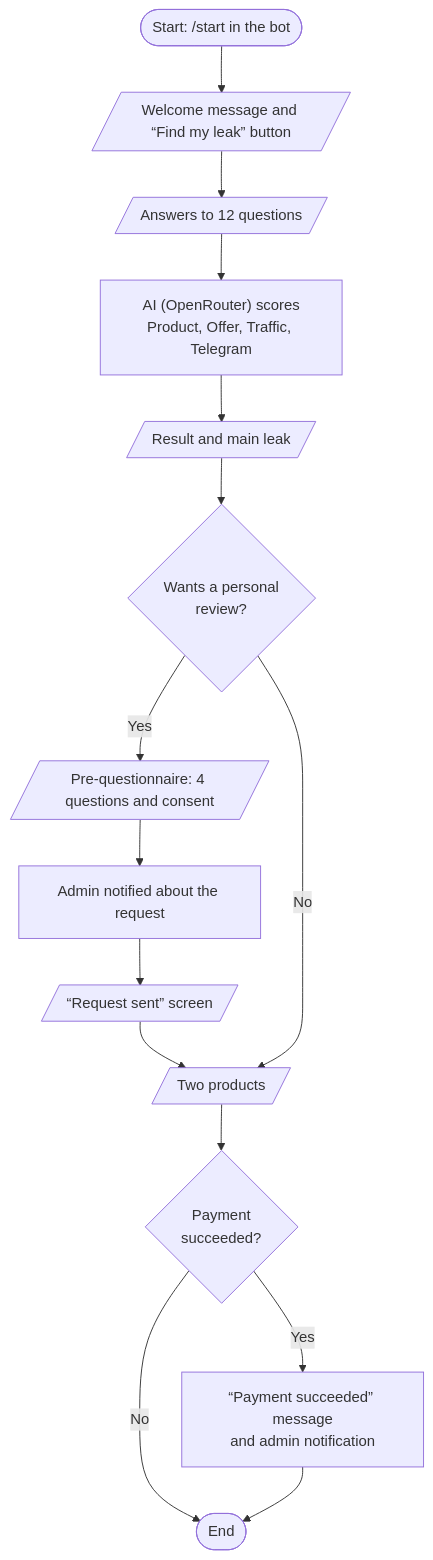
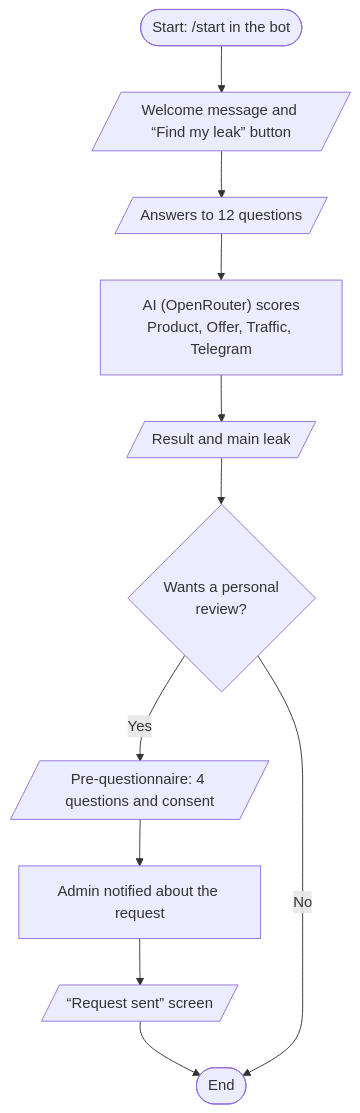
Before and after one commit to vitos63/lead_magnit_bot: the diagram in README.md, drawn with Mermaid. The commit also changed other lines of this file and 34 other files, not shown here.

````diff
--- a/README.md
+++ b/README.md
@@ -10,17 +9,13 @@
 ```mermaid
 flowchart TD
     start(["Start: /start in the bot"]) --> welcome[/"Welcome message and “Find my leak” button"/]
     welcome --> questions[/"Answers to 12 questions"/]
     questions --> ai["AI (OpenRouter) scores<br/>Product, Offer, Traffic, Telegram"]
     ai --> result[/"Result and main leak"/]
     result --> review{"Wants a personal<br/>review?"}
     review -->|Yes| pre[/"Pre-questionnaire: 4 questions and consent"/]
     pre --> notifyReq["Admin notified about the request"]
     notifyReq --> sent[/"“Request sent” screen"/]
-    sent --> offers[/"Two products"/]
-    review -->|No| offers
-    offers --> paid{"Payment<br/>succeeded?"}
-    paid -->|Yes| notifyBuy["“Payment succeeded” message<br/>and admin notification"]
-    paid -->|No| finish
-    notifyBuy --> finish(["End"])
+    sent --> finish(["End"])
+    review -->|No| finish
 ```
````
